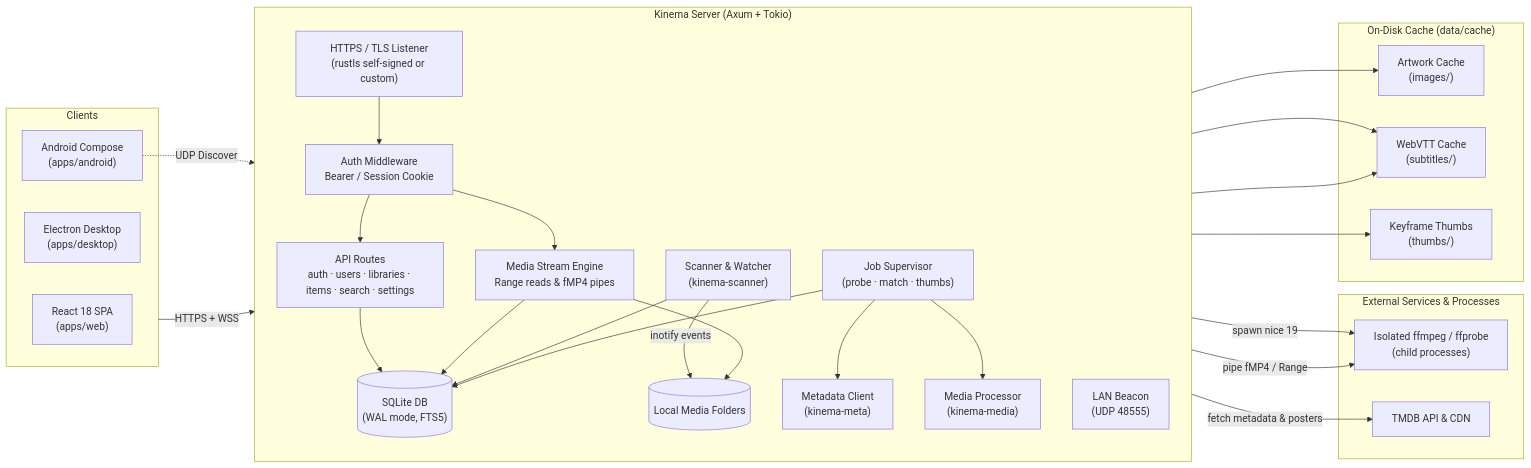
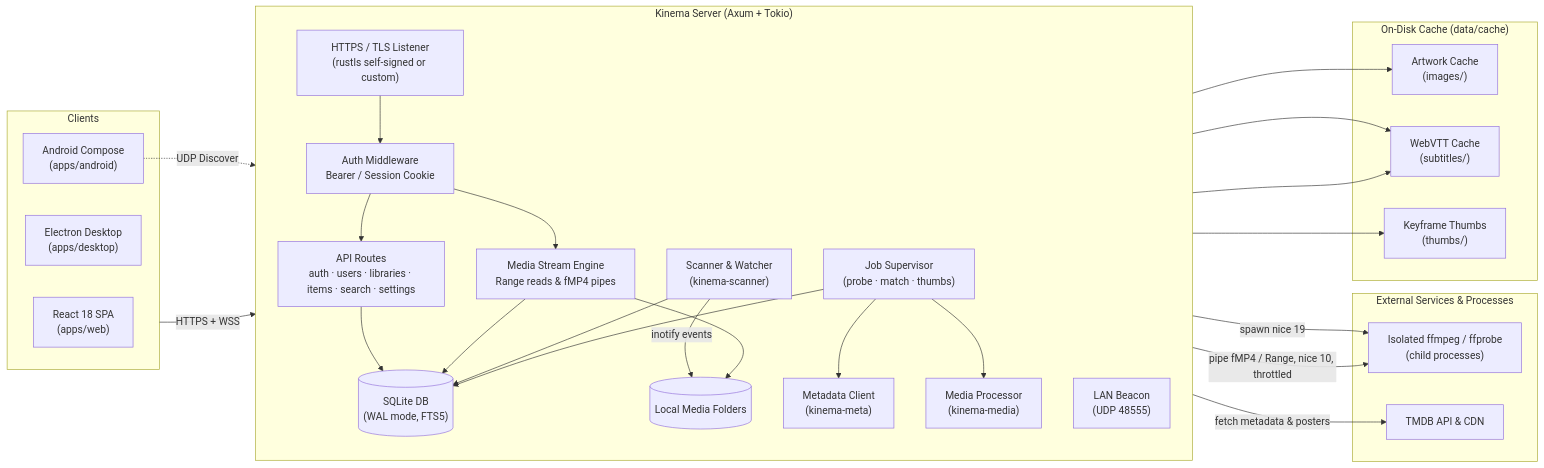
The first of 3 diagrams in README.md (aiyu-ayaan/Kinema), drawn with Mermaid before and after one commit. The commit also changed other lines of this file and 1 other file, not shown here.

````diff
--- a/README.md
+++ b/README.md
@@ -105,49 +106,49 @@
 ```mermaid
 flowchart LR
     subgraph Clients["Clients"]
         Web["React 18 SPA<br/>(apps/web)"]
         Desk["Electron Desktop<br/>(apps/desktop)"]
         And["Android Compose<br/>(apps/android)"]
     end
 
     subgraph Server["Kinema Server (Axum + Tokio)"]
         direction TB
         TLS["HTTPS / TLS Listener<br/>(rustls self-signed or custom)"] --> Auth["Auth Middleware<br/>Bearer / Session Cookie"]
         Auth --> Routes["API Routes<br/>auth · users · libraries · items · search · settings"]
         Auth --> Stream["Media Stream Engine<br/>Range reads & fMP4 pipes"]
         
         Routes --> DB[("SQLite DB<br/>(WAL mode, FTS5)")]
         Stream --> DB
         
         Scan["Scanner & Watcher<br/>(kinema-scanner)"] -->|"inotify events"| FS[("Local Media Folders")]
         Scan --> DB
         
         JobMgr["Job Supervisor<br/>(probe · match · thumbs)"] --> DB
         JobMgr --> Meta["Metadata Client<br/>(kinema-meta)"]
         JobMgr --> MediaProc["Media Processor<br/>(kinema-media)"]
         
         Beacon["LAN Beacon<br/>(UDP 48555)"]
     end
 
     subgraph External["External Services & Processes"]
         FF["Isolated ffmpeg / ffprobe<br/>(child processes)"]
         TMDB["TMDB API & CDN"]
     end
 
     subgraph DiskCache["On-Disk Cache (data/cache)"]
         ArtCache["Artwork Cache<br/>(images/)"]
         SubCache["WebVTT Cache<br/>(subtitles/)"]
         ThumbCache["Keyframe Thumbs<br/>(thumbs/)"]
     end
 
     Clients -->|"HTTPS + WSS"| TLS
     And -. "UDP Discover" .-> Beacon
     MediaProc -->|"spawn nice 19"| FF
-    Stream -->|"pipe fMP4 / Range"| FF
+    Stream -->|"pipe fMP4 / Range, nice 10, throttled"| FF
     Meta -->|"fetch metadata & posters"| TMDB
     Meta --> ArtCache
     MediaProc --> ThumbCache
     MediaProc --> SubCache
     Stream --> SubCache
     Stream --> FS
 ```
````
